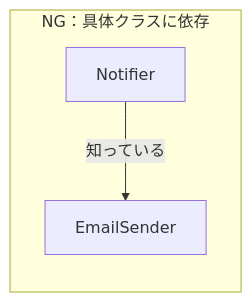
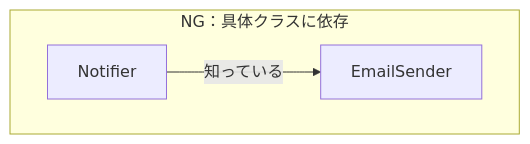
Before and after one commit to kumachan1101-pixel/DesignPattern: the third of 6 diagrams in kindle/design-patterns/books/volume01-core-patterns/output/preface.md, drawn with Mermaid. The commit also changed other lines of this file and 8 other files, not shown here.

````diff
--- a/kindle/design-patterns/books/volume01-core-patterns/output/preface.md
+++ b/kindle/design-patterns/books/volume01-core-patterns/output/preface.md
@@ -545,6 +558,6 @@
 ```mermaid
-graph LR
+graph TD
     subgraph "NG：具体クラスに依存"
         N1[Notifier] -->|知っている| N2[EmailSender]
     end
 ```
````
